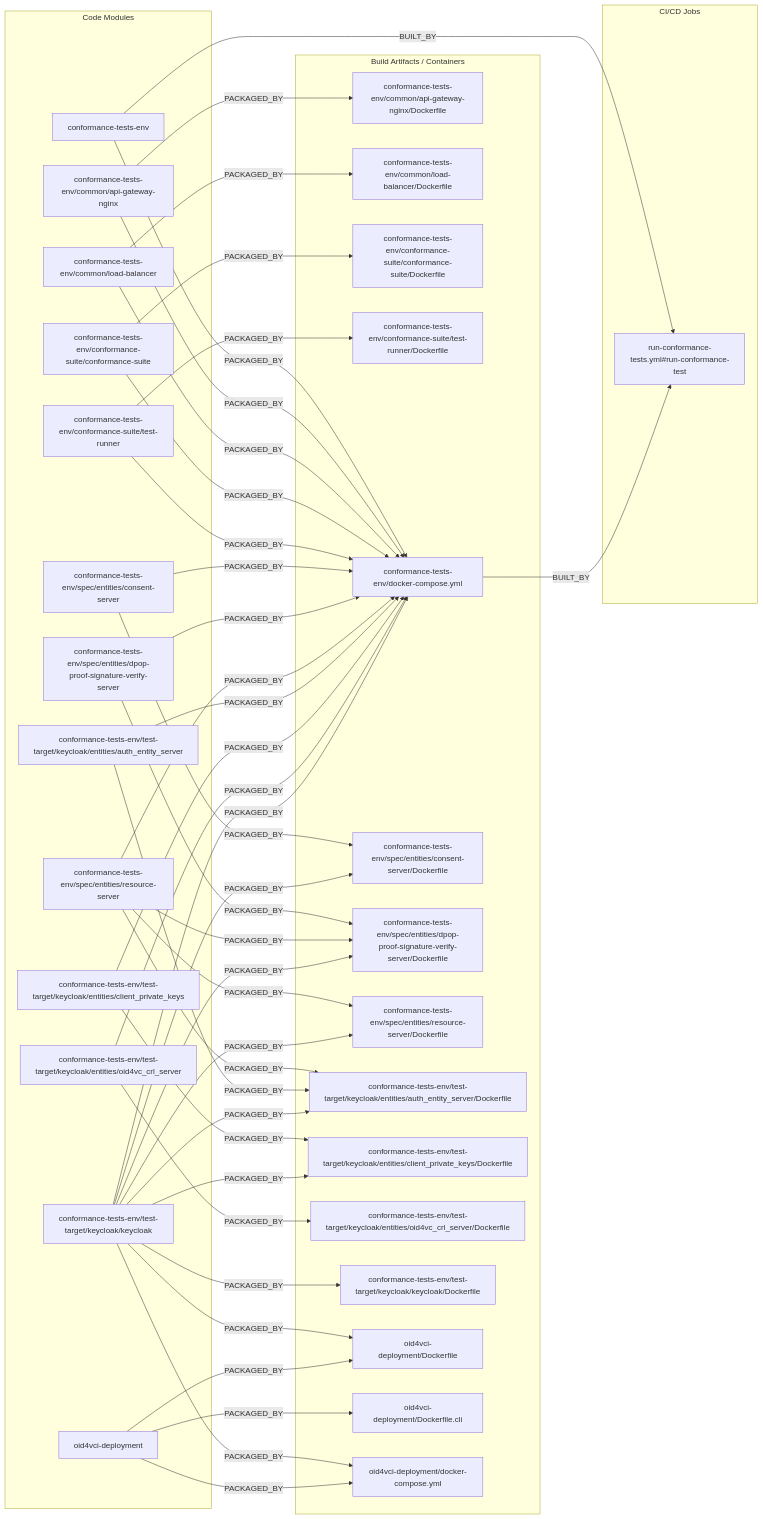
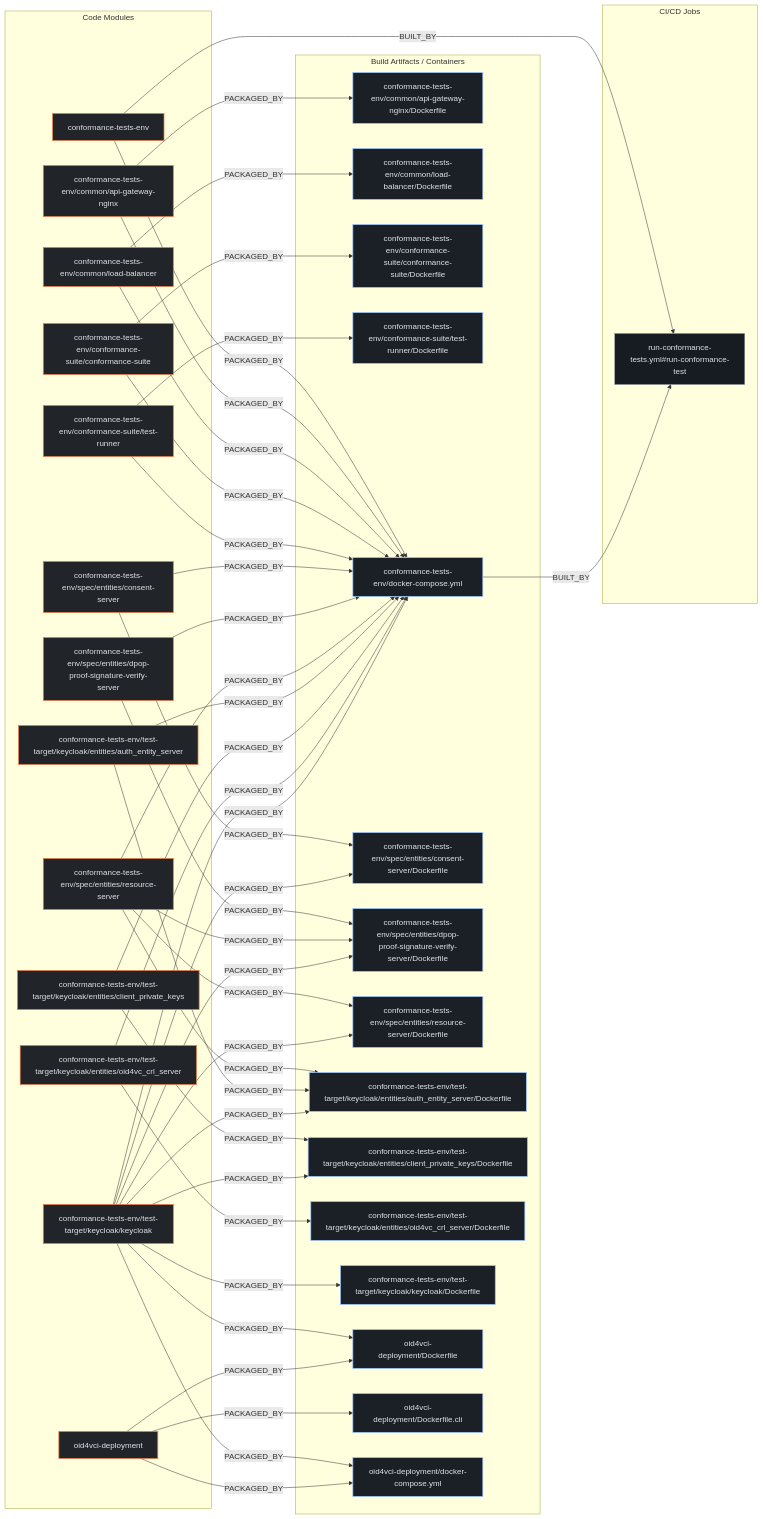
Before and after one commit to kumarshaz/atruss-code-atlas: the second of 3 diagrams in exports/latest/reports/keycloak-keycloak-oauth-sig-report.md, drawn with Mermaid. The commit also changed other lines of this file and 331 other files, not shown here.

Commit message:
docs,ui,fix: update SDLC docs, reorder CI/CD DAG first, stylize Mermaid, and fix Arc42 pipeline topology

````diff
--- a/exports/latest/reports/keycloak-keycloak-oauth-sig-report.md
+++ b/exports/latest/reports/keycloak-keycloak-oauth-sig-report.md
@@ -125,75 +132,79 @@
 ```mermaid
 flowchart LR
+    classDef atlasCategory fill:#212428,stroke:#E87A48,stroke-width:1.5px,color:#dfe3eb
+    classDef atlasWorkflow fill:#1b2026,stroke:#a3c9ff,stroke-width:1.5px,color:#dfe3eb
+    classDef atlasJob fill:#171c22,stroke:#8d9199,stroke-width:1px,color:#dfe3eb
+    classDef atlasTarget fill:#005227,stroke:#8bd99b,stroke-width:1.5px,color:#a7f6b6
     subgraph code_modules["Code Modules"]
-        mod_conformance_tests_env["conformance-tests-env"]
-        mod_conformance_tests_env_common_api_gateway_nginx["conformance-tests-env/common/api-gateway-nginx"]
-        mod_conformance_tests_env_common_load_balancer["conformance-tests-env/common/load-balancer"]
-        mod_conformance_tests_env_conformance_suite_conformance_suite["conformance-tests-env/conformance-suite/conformance-suite"]
-        mod_conformance_tests_env_conformance_suite_test_runner["conformance-tests-env/conformance-suite/test-runner"]
-        mod_conformance_tests_env_spec_entities_consent_server["conformance-tests-env/spec/entities/consent-server"]
-        mod_conformance_tests_env_spec_entities_dpop_proof_signature_verify_server["conformance-tests-env/spec/entities/dpop-proof-signature-verify-server"]
-        mod_conformance_tests_env_spec_entities_resource_server["conformance-tests-env/spec/entities/resource-server"]
-        mod_conformance_tests_env_test_target_keycloak_entities_auth_entity_server["conformance-tests-env/test-target/keycloak/entities/auth_entity_server"]
-        mod_conformance_tests_env_test_target_keycloak_entities_client_private_keys["conformance-tests-env/test-target/keycloak/entities/client_private_keys"]
-        mod_conformance_tests_env_test_target_keycloak_entities_oid4vc_crl_server["conformance-tests-env/test-target/keycloak/entities/oid4vc_crl_server"]
-        mod_conformance_tests_env_test_target_keycloak_keycloak["conformance-tests-env/test-target/keycloak/keycloak"]
-        mod_oid4vci_deployment["oid4vci-deployment"]
+        mod_conformance_tests_env["conformance-tests-env"]:::atlasCategory
+        mod_conformance_tests_env_common_api_gateway_nginx["conformance-tests-env/common/api-gateway-nginx"]:::atlasCategory
+        mod_conformance_tests_env_common_load_balancer["conformance-tests-env/common/load-balancer"]:::atlasCategory
+        mod_conformance_tests_env_conformance_suite_conformance_suite["conformance-tests-env/conformance-suite/conformance-suite"]:::atlasCategory
+        mod_conformance_tests_env_conformance_suite_test_runner["conformance-tests-env/conformance-suite/test-runner"]:::atlasCategory
+        mod_conformance_tests_env_spec_entities_consent_server["conformance-tests-env/spec/entities/consent-server"]:::atlasCategory
+        mod_conformance_tests_env_spec_entities_dpop_proof_signature_verify_server["conformance-tests-env/spec/entities/dpop-proof-signature-verify-server"]:::atlasCategory
+        mod_conformance_tests_env_spec_entities_resource_server["conformance-tests-env/spec/entities/resource-server"]:::atlasCategory
+        mod_conformance_tests_env_test_target_keycloak_entities_auth_entity_server["conformance-tests-env/test-target/keycloak/entities/auth_entity_server"]:::atlasCategory
+        mod_conformance_tests_env_test_target_keycloak_entities_client_private_keys["conformance-tests-env/test-target/keycloak/entities/client_private_keys"]:::atlasCategory
+        mod_conformance_tests_env_test_target_keycloak_entities_oid4vc_crl_server["conformance-tests-env/test-target/keycloak/entities/oid4vc_crl_server"]:::atlasCategory
+        mod_conformance_tests_env_test_target_keycloak_keycloak["conformance-tests-env/test-target/keycloak/keycloak"]:::atlasCategory
+        mod_oid4vci_deployment["oid4vci-deployment"]:::atlasCategory
     end
     subgraph build_artifacts["Build Artifacts / Containers"]
-        art_conformance_tests_env_common_api_gateway_nginx_Dockerfile["conformance-tests-env/common/api-gateway-nginx/Dockerfile"]
-        art_conformance_tests_env_common_load_balancer_Dockerfile["conformance-tests-env/common/load-balancer/Dockerfile"]
-        art_conformance_tests_env_conformance_suite_conformance_suite_Dockerfile["conformance-tests-env/conformance-suite/conformance-suite/Dockerfile"]
-        art_conformance_tests_env_conformance_suite_test_runner_Dockerfile["conformance-tests-env/conformance-suite/test-runner/Dockerfile"]
-        art_conformance_tests_env_docker_compose_yml["conformance-tests-env/docker-compose.yml"]
-        art_conformance_tests_env_spec_entities_consent_server_Dockerfile["conformance-tests-env/spec/entities/consent-server/Dockerfile"]
-        art_conformance_tests_env_spec_entities_dpop_proof_signature_verify_server_Dockerfile["conformance-tests-env/spec/entities/dpop-proof-signature-verify-server/Dockerfile"]
-        art_conformance_tests_env_spec_entities_resource_server_Dockerfile["conformance-tests-env/spec/entities/resource-server/Dockerfile"]
-        art_conformance_tests_env_test_target_keycloak_entities_auth_entity_server_Dockerfile["conformance-tests-env/test-target/keycloak/entities/auth_entity_server/Dockerfile"]
-        art_conformance_tests_env_test_target_keycloak_entities_client_private_keys_Dockerfile["conformance-tests-env/test-target/keycloak/entities/client_private_keys/Dockerfile"]
-        art_conformance_tests_env_test_target_keycloak_entities_oid4vc_crl_server_Dockerfile["conformance-tests-env/test-target/keycloak/entities/oid4vc_crl_server/Dockerfile"]
-        art_conformance_tests_env_test_target_keycloak_keycloak_Dockerfile["conformance-tests-env/test-target/keycloak/keycloak/Dockerfile"]
-        art_oid4vci_deployment_Dockerfile["oid4vci-deployment/Dockerfile"]
-        art_oid4vci_deployment_Dockerfile_cli["oid4vci-deployment/Dockerfile.cli"]
-        art_oid4vci_deployment_docker_compose_yml["oid4vci-deployment/docker-compose.yml"]
+        art_conformance_tests_env_common_api_gateway_nginx_Dockerfile["conformance-tests-env/common/api-gateway-nginx/Dockerfile"]:::atlasWorkflow
+        art_conformance_tests_env_common_load_balancer_Dockerfile["conformance-tests-env/common/load-balancer/Dockerfile"]:::atlasWorkflow
+        art_conformance_tests_env_conformance_suite_conformance_suite_Dockerfile["conformance-tests-env/conformance-suite/conformance-suite/Dockerfile"]:::atlasWorkflow
+        art_conformance_tests_env_conformance_suite_test_runner_Dockerfile["conformance-tests-env/conformance-suite/test-runner/Dockerfile"]:::atlasWorkflow
+        art_conformance_tests_env_docker_compose_yml["conformance-tests-env/docker-compose.yml"]:::atlasWorkflow
+        art_conformance_tests_env_spec_entities_consent_server_Dockerfile["conformance-tests-env/spec/entities/consent-server/Dockerfile"]:::atlasWorkflow
+        art_conformance_tests_env_spec_entities_dpop_proof_signature_verify_server_Dockerfile["conformance-tests-env/spec/entities/dpop-proof-signature-verify-server/Dockerfile"]:::atlasWorkflow
+        art_conformance_tests_env_spec_entities_resource_server_Dockerfile["conformance-tests-env/spec/entities/resource-server/Dockerfile"]:::atlasWorkflow
+        art_conformance_tests_env_test_target_keycloak_entities_auth_entity_server_Dockerfile["conformance-tests-env/test-target/keycloak/entities/auth_entity_server/Dockerfile"]:::atlasWorkflow
+        art_conformance_tests_env_test_target_keycloak_entities_client_private_keys_Dockerfile["conformance-tests-env/test-target/keycloak/entities/client_private_keys/Dockerfile"]:::atlasWorkflow
+        art_conformance_tests_env_test_target_keycloak_entities_oid4vc_crl_server_Dockerfile["conformance-tests-env/test-target/keycloak/entities/oid4vc_crl_server/Dockerfile"]:::atlasWorkflow
+        art_conformance_tests_env_test_target_keycloak_keycloak_Dockerfile["conformance-tests-env/test-target/keycloak/keycloak/Dockerfile"]:::atlasWorkflow
+        art_oid4vci_deployment_Dockerfile["oid4vci-deployment/Dockerfile"]:::atlasWorkflow
+        art_oid4vci_deployment_Dockerfile_cli["oid4vci-deployment/Dockerfile.cli"]:::atlasWorkflow
+        art_oid4vci_deployment_docker_compose_yml["oid4vci-deployment/docker-compose.yml"]:::atlasWorkflow
     end
     subgraph ci_jobs["CI/CD Jobs"]
-        job_run_conformance_tests_yml_run_conformance_test["run-conformance-tests.yml#run-conformance-test"]
+        job_run_conformance_tests_yml_run_conformance_test["run-conformance-tests.yml#run-conformance-test"]:::atlasJob
     end
     mod_conformance_tests_env -->|BUILT_BY| job_run_conformance_tests_yml_run_conformance_test
     mod_conformance_tests_env -->|PACKAGED_BY| art_conformance_tests_env_docker_compose_yml
     mod_conformance_tests_env_common_api_gateway_nginx -->|PACKAGED_BY| art_conformance_tests_env_common_api_gateway_nginx_Dockerfile
     mod_conformance_tests_env_common_api_gateway_nginx -->|PACKAGED_BY| art_conformance_tests_env_docker_compose_yml
     mod_conformance_tests_env_common_load_balancer -->|PACKAGED_BY| art_conformance_tests_env_common_load_balancer_Dockerfile
     mod_conformance_tests_env_common_load_balancer -->|PACKAGED_BY| art_conformance_tests_env_docker_compose_yml
     mod_conformance_tests_env_conformance_suite_conformance_suite -->|PACKAGED_BY| art_conformance_tests_env_conformance_suite_conformance_suite_Dockerfile
     mod_conformance_tests_env_conformance_suite_conformance_suite -->|PACKAGED_BY| art_conformance_tests_env_docker_compose_yml
     mod_conformance_tests_env_conformance_suite_test_runner -->|PACKAGED_BY| art_conformance_tests_env_conformance_suite_test_runner_Dockerfile
     mod_conformance_tests_env_conformance_suite_test_runner -->|PACKAGED_BY| art_conformance_tests_env_docker_compose_yml
     mod_conformance_tests_env_spec_entities_consent_server -->|PACKAGED_BY| art_conformance_tests_env_docker_compose_yml
     mod_conformance_tests_env_spec_entities_consent_server -->|PACKAGED_BY| art_conformance_tests_env_spec_entities_consent_server_Dockerfile
     mod_conformance_tests_env_spec_entities_dpop_proof_signature_verify_server -->|PACKAGED_BY| art_conformance_tests_env_docker_compose_yml
     mod_conformance_tests_env_spec_entities_dpop_proof_signature_verify_server -->|PACKAGED_BY| art_conformance_tests_env_spec_entities_dpop_proof_signature_verify_server_Dockerfile
     mod_conformance_tests_env_spec_entities_resource_server -->|PACKAGED_BY| art_conformance_tests_env_docker_compose_yml
     mod_conformance_tests_env_spec_entities_resource_server -->|PACKAGED_BY| art_conformance_tests_env_spec_entities_dpop_proof_signature_verify_server_Dockerfile
     mod_conformance_tests_env_spec_entities_resource_server -->|PACKAGED_BY| art_conformance_tests_env_spec_entities_resource_server_Dockerfile
     mod_conformance_tests_env_spec_entities_resource_server -->|PACKAGED_BY| art_conformance_tests_env_test_target_keycloak_entities_auth_entity_server_Dockerfile
     mod_conformance_tests_env_test_target_keycloak_entities_auth_entity_server -->|PACKAGED_BY| art_conformance_tests_env_docker_compose_yml
     mod_conformance_tests_env_test_target_keycloak_entities_auth_entity_server -->|PACKAGED_BY| art_conformance_tests_env_test_target_keycloak_entities_auth_entity_server_Dockerfile
     mod_conformance_tests_env_test_target_keycloak_entities_client_private_keys -->|PACKAGED_BY| art_conformance_tests_env_docker_compose_yml
     mod_conformance_tests_env_test_target_keycloak_entities_client_private_keys -->|PACKAGED_BY| art_conformance_tests_env_test_target_keycloak_entities_client_private_keys_Dockerfile
     mod_conformance_tests_env_test_target_keycloak_entities_oid4vc_crl_server -->|PACKAGED_BY| art_conformance_tests_env_docker_compose_yml
     mod_conformance_tests_env_test_target_keycloak_entities_oid4vc_crl_server -->|PACKAGED_BY| art_conformance_tests_env_test_target_keycloak_entities_oid4vc_crl_server_Dockerfile
     mod_conformance_tests_env_test_target_keycloak_keycloak -->|PACKAGED_BY| art_conformance_tests_env_docker_compose_yml
     mod_conformance_tests_env_test_target_keycloak_keycloak -->|PACKAGED_BY| art_conformance_tests_env_spec_entities_consent_server_Dockerfile
     mod_conformance_tests_env_test_target_keycloak_keycloak -->|PACKAGED_BY| art_conformance_tests_env_spec_entities_dpop_proof_signature_verify_server_Dockerfile
     mod_conformance_tests_env_test_target_keycloak_keycloak -->|PACKAGED_BY| art_conformance_tests_env_spec_entities_resource_server_Dockerfile
     mod_conformance_tests_env_test_target_keycloak_keycloak -->|PACKAGED_BY| art_conformance_tests_env_test_target_keycloak_entities_auth_entity_server_Dockerfile
     mod_conformance_tests_env_test_target_keycloak_keycloak -->|PACKAGED_BY| art_conformance_tests_env_test_target_keycloak_entities_client_private_keys_Dockerfile
     mod_conformance_tests_env_test_target_keycloak_keycloak -->|PACKAGED_BY| art_conformance_tests_env_test_target_keycloak_keycloak_Dockerfile
     mod_conformance_tests_env_test_target_keycloak_keycloak -->|PACKAGED_BY| art_oid4vci_deployment_Dockerfile
     mod_conformance_tests_env_test_target_keycloak_keycloak -->|PACKAGED_BY| art_oid4vci_deployment_docker_compose_yml
     mod_oid4vci_deployment -->|PACKAGED_BY| art_oid4vci_deployment_Dockerfile
     mod_oid4vci_deployment -->|PACKAGED_BY| art_oid4vci_deployment_Dockerfile_cli
     mod_oid4vci_deployment -->|PACKAGED_BY| art_oid4vci_deployment_docker_compose_yml
     art_conformance_tests_env_docker_compose_yml -->|BUILT_BY| job_run_conformance_tests_yml_run_conformance_test
 ```
````
